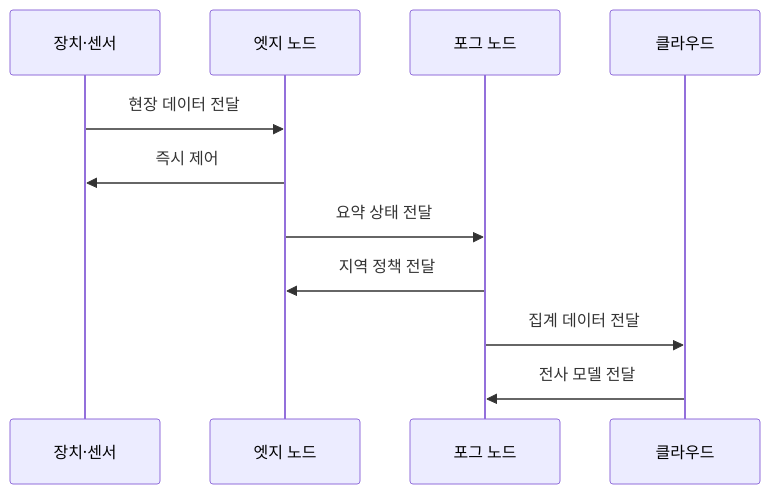
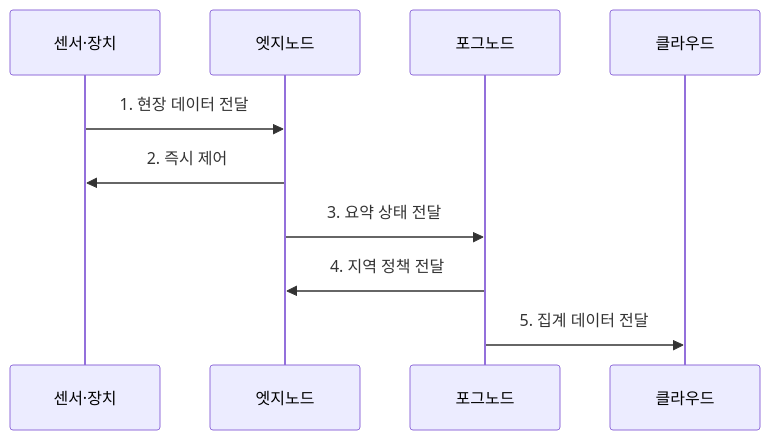
Before and after one commit to agnusdei1207/knowledge-base: the second of 2 diagrams in src/content/docs/notes/04-network/047_edge_vs_fog_computing.md, drawn with Mermaid. The commit also changed other lines of this file and 20 other files, not shown here.

````diff
--- a/src/content/docs/notes/04-network/047_edge_vs_fog_computing.md
+++ b/src/content/docs/notes/04-network/047_edge_vs_fog_computing.md
@@ -91,13 +80,12 @@
 ```mermaid
 sequenceDiagram
-    participant D as 장치·센서
-    participant E as 엣지 노드
-    participant F as 포그 노드
-    participant C as 클라우드
-    D->>E: 현장 데이터 전달
-    E->>D: 즉시 제어
-    E->>F: 요약 상태 전달
-    F->>E: 지역 정책 전달
-    F->>C: 집계 데이터 전달
-    C->>F: 전사 모델 전달
+    participant 센서·장치
+    participant 엣지노드
+    participant 포그노드
+    participant 클라우드
+    센서·장치->>엣지노드: 1. 현장 데이터 전달
+    엣지노드->>센서·장치: 2. 즉시 제어
+    엣지노드->>포그노드: 3. 요약 상태 전달
+    포그노드->>엣지노드: 4. 지역 정책 전달
+    포그노드->>클라우드: 5. 집계 데이터 전달
 ```
````
